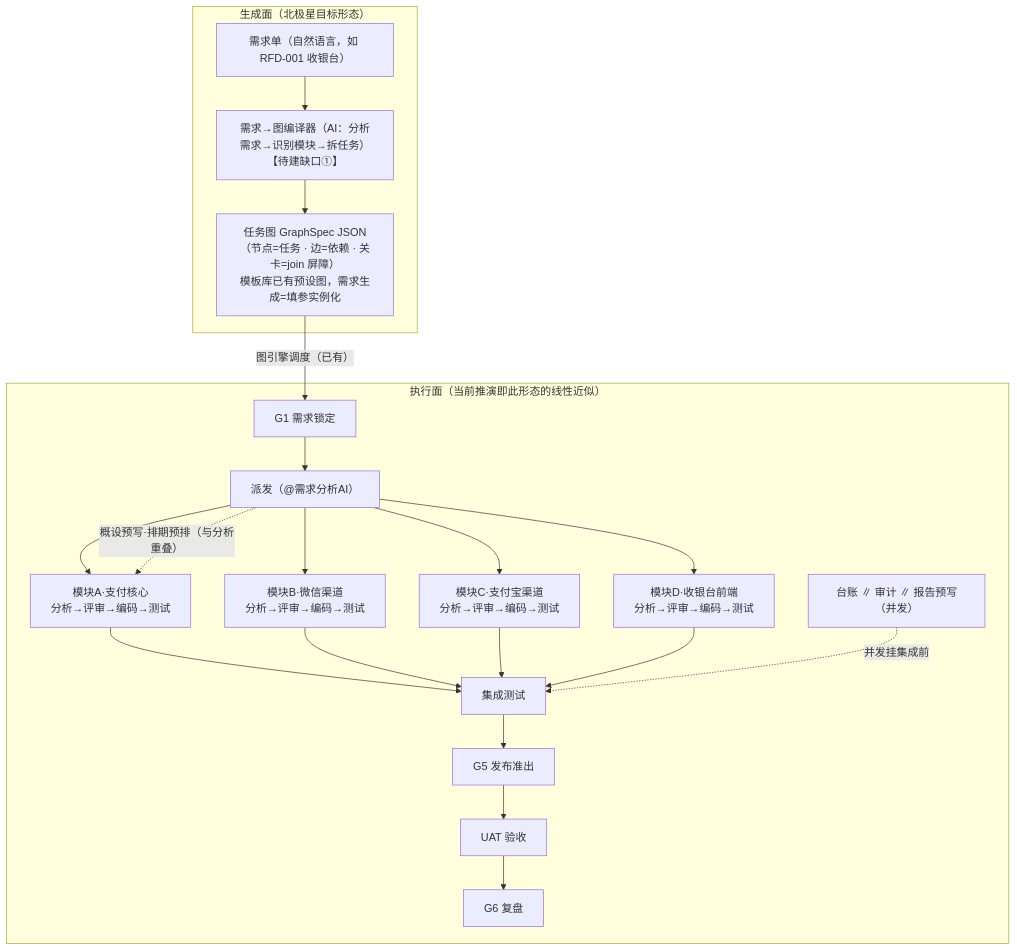
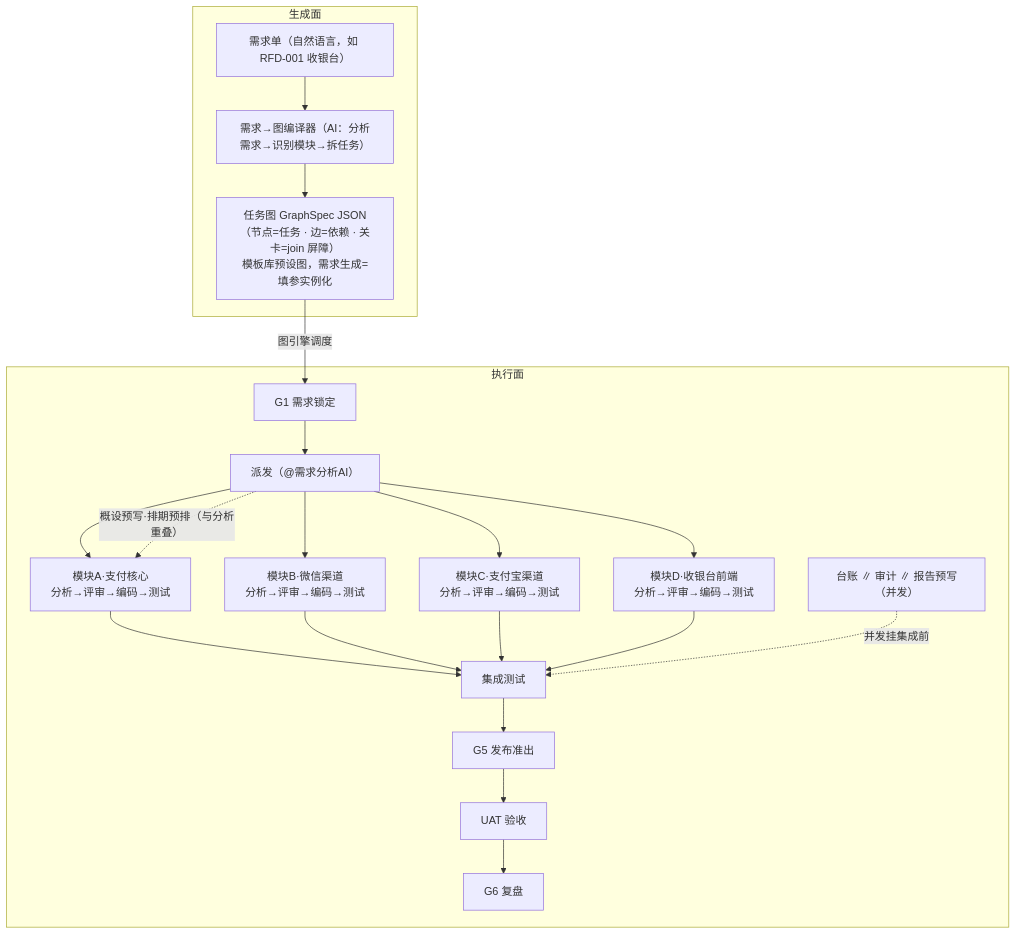
Before and after one commit to issac-new/AIStudio: the first of 3 diagrams in docs/superpowers/specs/2026-10-05-mux-v8-fullflow-plan.md, drawn with Mermaid. The commit also changed other lines of this file, not shown here.

````diff
--- a/docs/superpowers/specs/2026-10-05-mux-v8-fullflow-plan.md
+++ b/docs/superpowers/specs/2026-10-05-mux-v8-fullflow-plan.md
@@ -124,24 +116,24 @@
 ```mermaid
 flowchart TB
-    subgraph GEN["生成面（北极星目标形态）"]
+    subgraph GEN["生成面"]
         REQ["需求单（自然语言，如 RFD-001 收银台）"]
-        COMP["需求→图编译器（AI：分析需求→识别模块→拆任务）<br/>【待建缺口①】"]
-        SPEC["任务图 GraphSpec JSON（节点=任务 · 边=依赖 · 关卡=join 屏障）<br/>模板库已有预设图，需求生成=填参实例化"]
+        COMP["需求→图编译器（AI：分析需求→识别模块→拆任务）"]
+        SPEC["任务图 GraphSpec JSON（节点=任务 · 边=依赖 · 关卡=join 屏障）<br/>模板库预设图，需求生成=填参实例化"]
         REQ --> COMP --> SPEC
     end
-    subgraph DAG["执行面（当前推演即此形态的线性近似）"]
-        SPEC -->|"图引擎调度（已有）"| G1["G1 需求锁定"]
+    subgraph DAG["执行面"]
+        SPEC -->|"图引擎调度"| G1["G1 需求锁定"]
         G1 --> D["派发（@需求分析AI）"]
         D --> A["模块A·支付核心<br/>分析→评审→编码→测试"]
         D --> B["模块B·微信渠道<br/>分析→评审→编码→测试"]
         D --> C["模块C·支付宝渠道<br/>分析→评审→编码→测试"]
         D --> E["模块D·收银台前端<br/>分析→评审→编码→测试"]
         A --> IT["集成测试"]
         B --> IT
         C --> IT
         E --> IT
         IT --> G5["G5 发布准出"] --> UAT["UAT 验收"] --> G6["G6 复盘"]
         GOV["台账 ∥ 审计 ∥ 报告预写（并发）"] -.并发挂集成前.-> IT
         D -. "概设预写·排期预排（与分析重叠）" .-> A
     end
 ```
````
